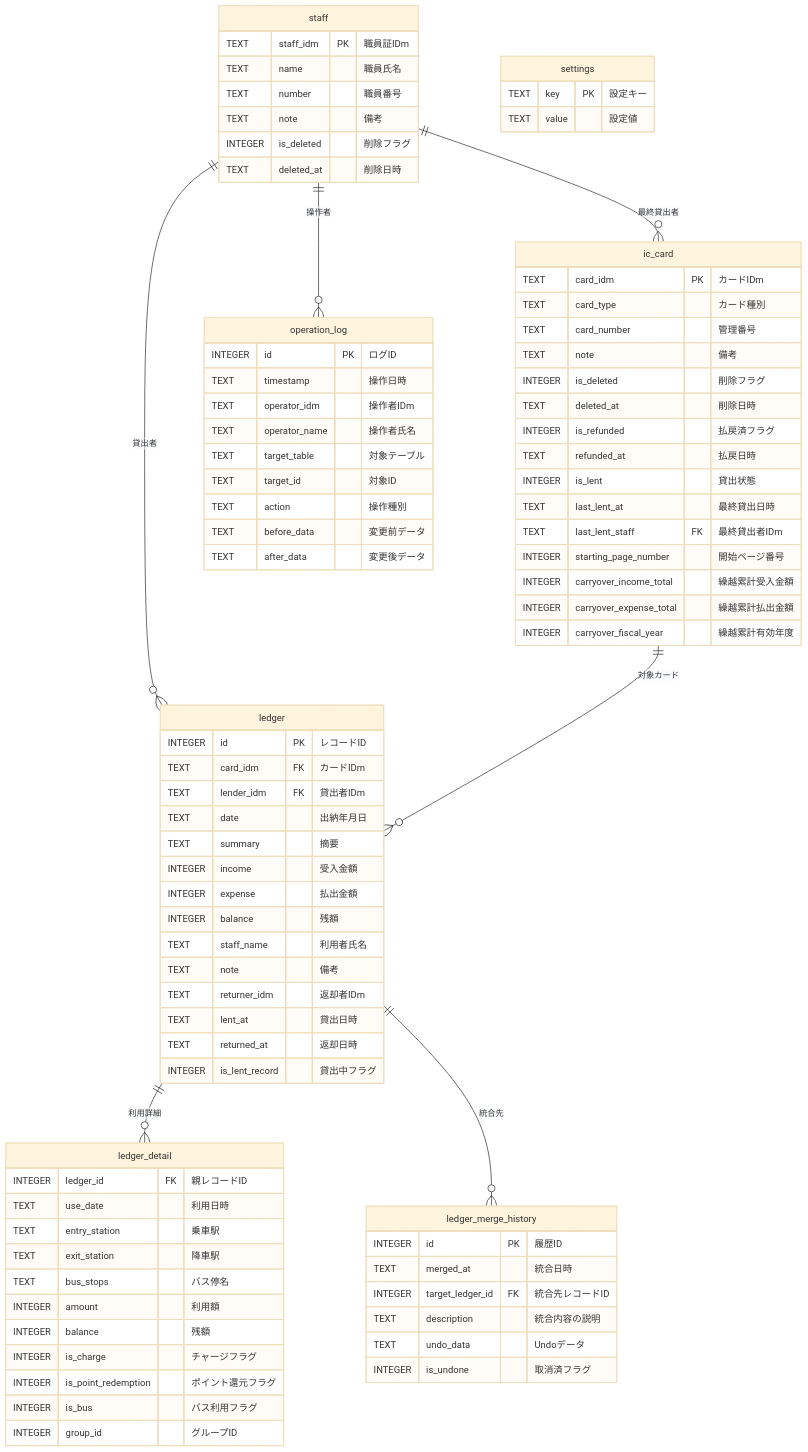
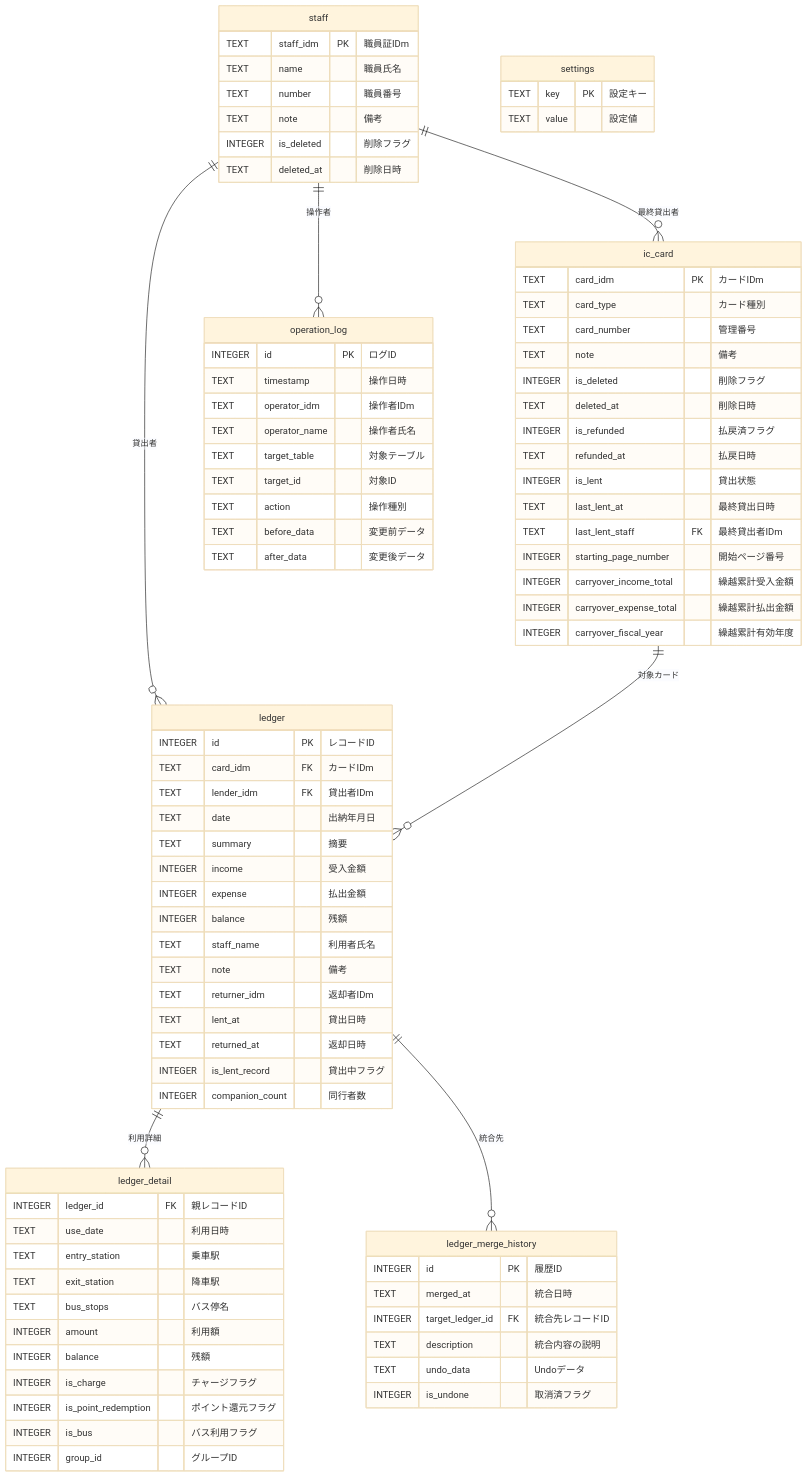
The diagram in ICCardManager/docs/design/02_DB設計書.md (kuwayamamasayuki/ICCardManager), drawn with Mermaid (base theme) before and after one commit. The commit also changed other lines of this file and 52 other files, not shown here.

```diff
--- a/ICCardManager/docs/design/02_DB設計書.md
+++ b/ICCardManager/docs/design/02_DB設計書.md
@@ -105,6 +105,7 @@
         TEXT lent_at "貸出日時"
         TEXT returned_at "返却日時"
         INTEGER is_lent_record "貸出中フラグ"
+        INTEGER companion_count "同行者数"
     }
 
     ledger_detail {
```
